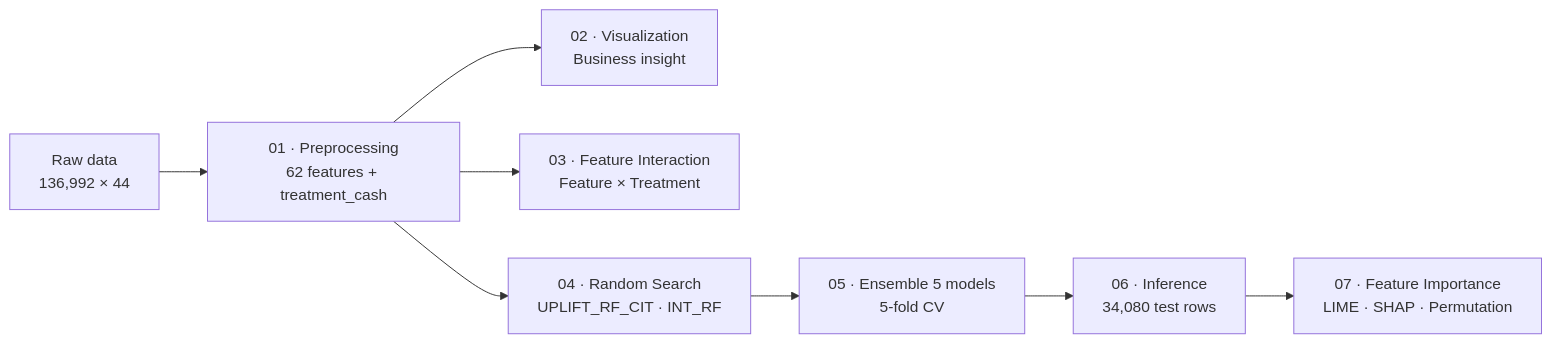
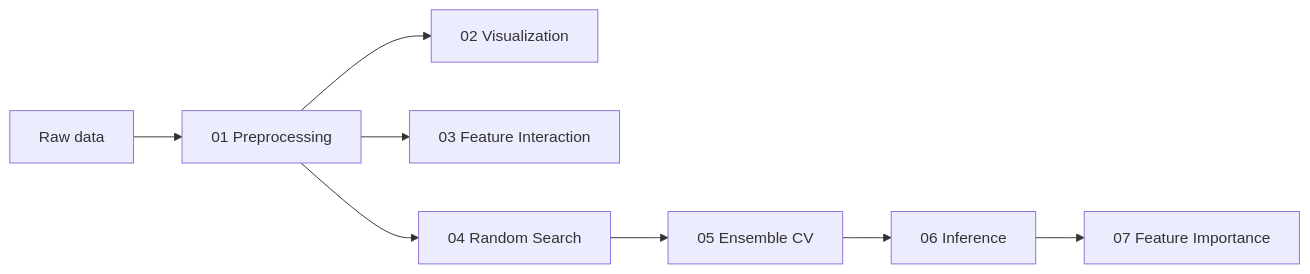
One commit to nhatlong113/DAZONE-ROUND-3---HOME-CREDIT---UPLIFT-MODEL changed the diagram in README.md. Above: the diagram before and after it, drawn with Mermaid. The commit also changed other lines of this file and 9 other files, not shown here.

````diff
--- a/README.md
+++ b/README.md
@@ -106,10 +59,10 @@
 ```mermaid
 flowchart LR
-    A[Raw data<br/>136,992 × 44] --> B[01 · Preprocessing<br/>62 features + treatment_cash]
-    B --> C[02 · Visualization<br/>Business insight]
-    B --> D[03 · Feature Interaction<br/>Feature × Treatment]
-    B --> E[04 · Random Search<br/>UPLIFT_RF_CIT · INT_RF]
-    E --> F[05 · Ensemble 5 models<br/>5-fold CV]
-    F --> G[06 · Inference<br/>34,080 test rows]
-    G --> H[07 · Feature Importance<br/>LIME · SHAP · Permutation]
+    A[Raw data] --> B[01 Preprocessing]
+    B --> C[02 Visualization]
+    B --> D[03 Feature Interaction]
+    B --> E[04 Random Search]
+    E --> F[05 Ensemble CV]
+    F --> G[06 Inference]
+    G --> H[07 Feature Importance]
 ```
````
